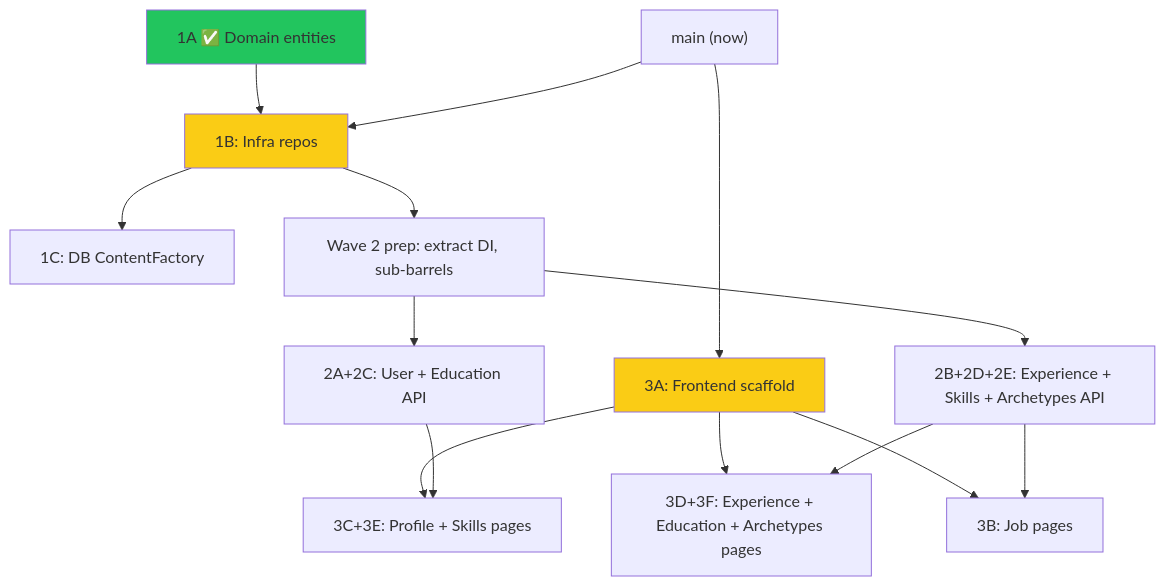
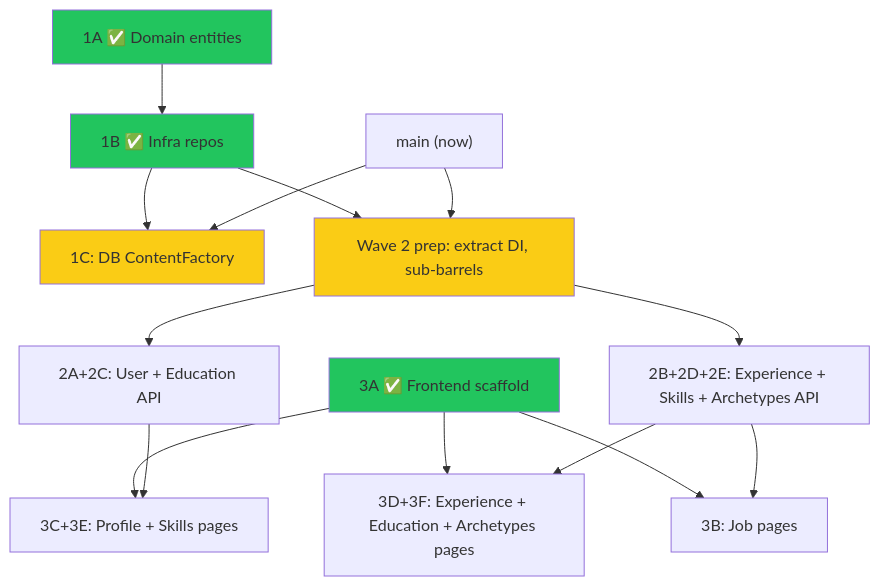
Before and after one commit to bluebird-labs/TailoredIn: the diagram in GOALS.md, drawn with Mermaid. The commit also changed other lines of this file, not shown here.

Commit message:
docs: mark milestones 1B and 3A as complete, update dependency graph

````diff
--- a/GOALS.md
+++ b/GOALS.md
@@ -83,20 +83,22 @@
 ```mermaid
 graph TD
-    1A["1A ✅ Domain entities"] --> 1B["1B: Infra repos"]
+    1A["1A ✅ Domain entities"] --> 1B["1B ✅ Infra repos"]
     1B --> 1C["1C: DB ContentFactory"]
     1B --> PREP["Wave 2 prep: extract DI, sub-barrels"]
     PREP --> 2AC["2A+2C: User + Education API"]
     PREP --> 2BDE["2B+2D+2E: Experience + Skills + Archetypes API"]
-    START["main (now)"] --> 1B
-    START --> 3A["3A: Frontend scaffold"]
-    3A --> 3B["3B: Job pages"]
+    START["main (now)"] --> 1C
+    START --> PREP
+    3A["3A ✅ Frontend scaffold"] --> 3B["3B: Job pages"]
     3A --> 3CE["3C+3E: Profile + Skills pages"]
     3A --> 3DF["3D+3F: Experience + Education + Archetypes pages"]
     2AC --> 3CE
     2BDE --> 3DF
     2BDE --> 3B
 
     style 1A fill:#22c55e
-    style 1B fill:#facc15
-    style 3A fill:#facc15
+    style 1B fill:#22c55e
+    style 3A fill:#22c55e
+    style 1C fill:#facc15
+    style PREP fill:#facc15
 ```
````
